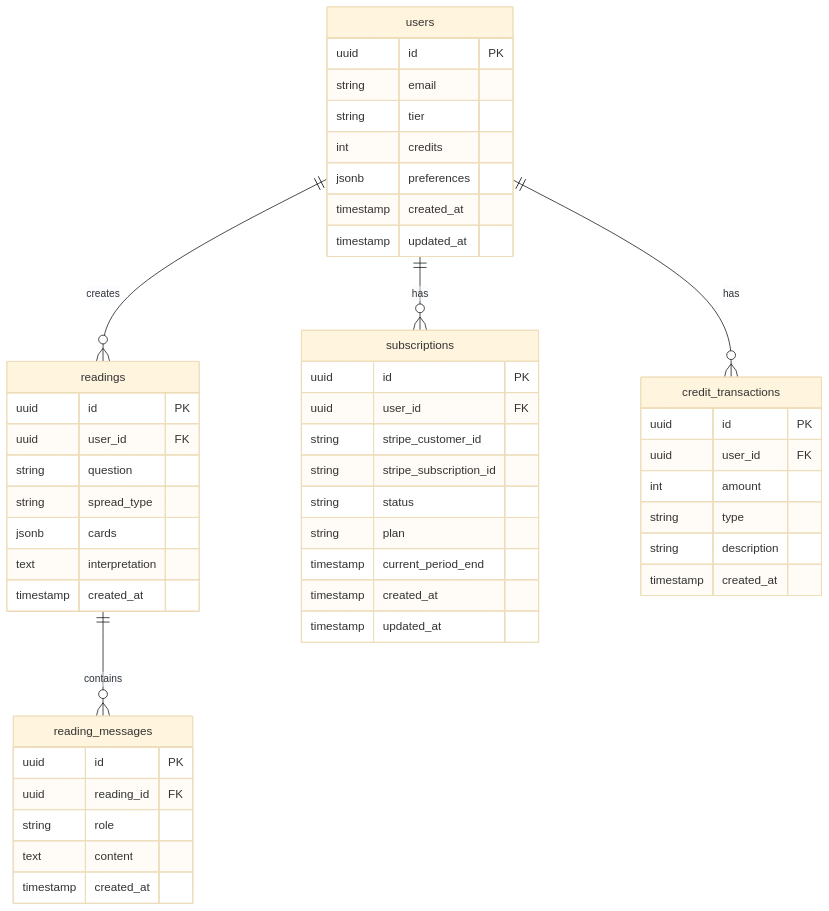
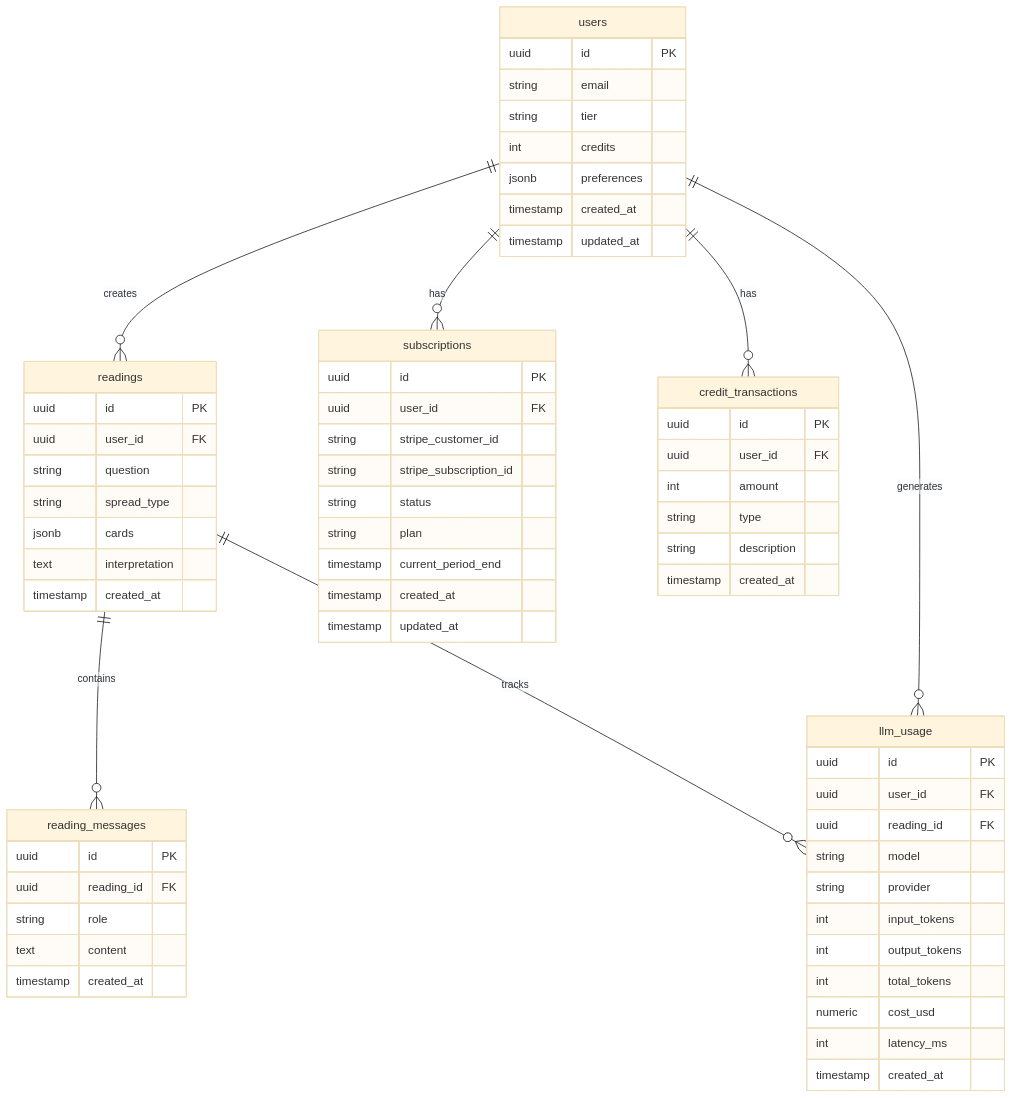
Before and after one commit to EideticPleroma/Alembic: the diagram in docs/architecture/data-model.md, drawn with Mermaid (base theme). The commit also changed other lines of this file and 17 other files, not shown here.

````diff
--- a/docs/architecture/data-model.md
+++ b/docs/architecture/data-model.md
@@ -9,56 +9,72 @@
 ```mermaid
 erDiagram
     users ||--o{ readings : creates
     users ||--o{ subscriptions : has
     users ||--o{ credit_transactions : has
+    users ||--o{ llm_usage : generates
     readings ||--o{ reading_messages : contains
+    readings ||--o{ llm_usage : tracks
     
     users {
         uuid id PK
         string email
         string tier
         int credits
         jsonb preferences
         timestamp created_at
         timestamp updated_at
     }
     
     readings {
         uuid id PK
         uuid user_id FK
         string question
         string spread_type
         jsonb cards
         text interpretation
         timestamp created_at
     }
     
     reading_messages {
         uuid id PK
         uuid reading_id FK
         string role
         text content
         timestamp created_at
     }
     
     subscriptions {
         uuid id PK
         uuid user_id FK
         string stripe_customer_id
         string stripe_subscription_id
         string status
         string plan
         timestamp current_period_end
         timestamp created_at
         timestamp updated_at
     }
     
     credit_transactions {
         uuid id PK
         uuid user_id FK
         int amount
         string type
         string description
         timestamp created_at
     }
+    
+    llm_usage {
+        uuid id PK
+        uuid user_id FK
+        uuid reading_id FK
+        string model
+        string provider
+        int input_tokens
+        int output_tokens
+        int total_tokens
+        numeric cost_usd
+        int latency_ms
+        timestamp created_at
+    }
 ```
````
